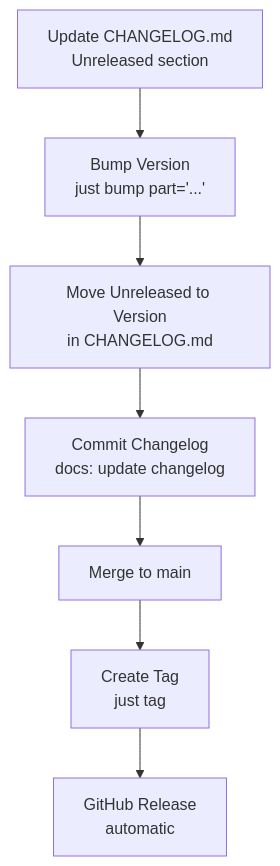
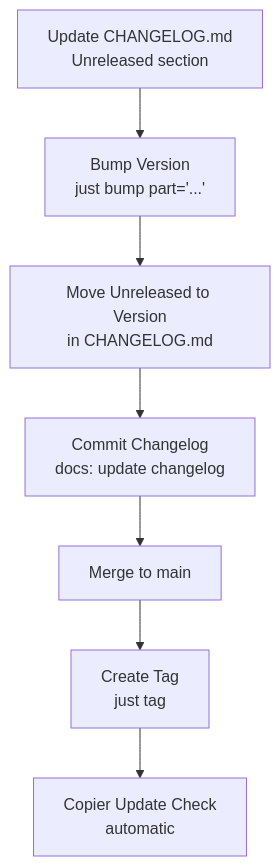
Before and after one commit to balakmran/quoin-api: the diagram in docs/guides/release-workflow.md, drawn with Mermaid. The commit also changed other lines of this file and 5 other files, not shown here.

````diff
--- a/docs/guides/release-workflow.md
+++ b/docs/guides/release-workflow.md
@@ -19,9 +19,9 @@
 ```mermaid
 graph TD
     A[Update CHANGELOG.md<br/>Unreleased section] --> B[Bump Version<br/>just bump part='...']
     B --> C[Move Unreleased to Version<br/>in CHANGELOG.md]
     C --> D[Commit Changelog<br/>docs: update changelog]
     D --> E[Merge to main]
     E --> F[Create Tag<br/>just tag]
-    F --> G[GitHub Release<br/>automatic]
+    F --> G[Copier Update Check<br/>automatic]
 ```
````
